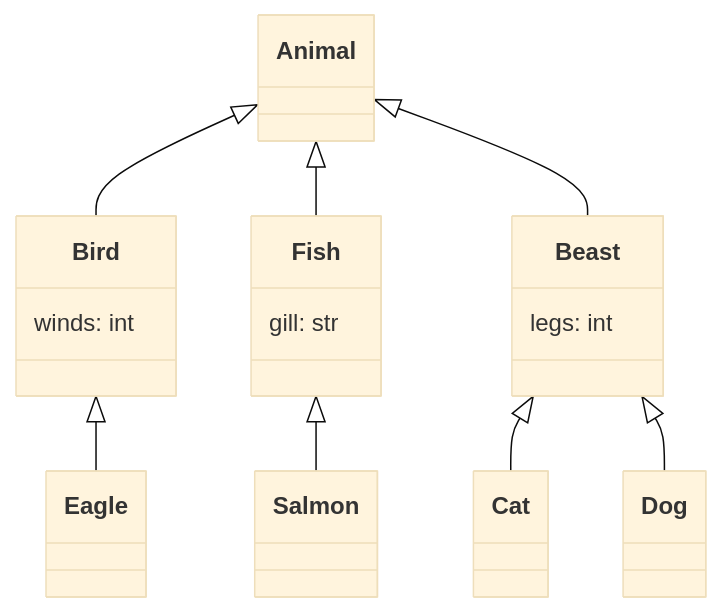
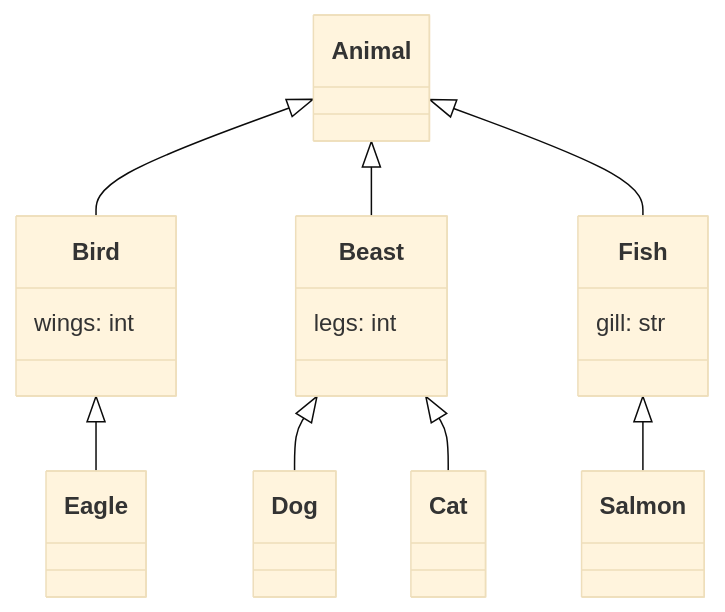
Before and after one commit to EricWebsmith/pydantic-2-mermaid: the diagram in examples/animals.md, drawn with Mermaid (base theme). The commit also changed 19 other files, not shown here.

````diff
--- a/examples/animals.md
+++ b/examples/animals.md
@@ -1,38 +1,38 @@
 ```mermaid
 classDiagram
     class Animal {
     }
 
     class Fish {
         gill: str
     }
 
     class Beast {
         legs: int
     }
 
     class Bird {
-        winds: int
+        wings: int
     }
 
     class Dog {
     }
 
     class Cat {
     }
 
     class Salmon {
     }
 
     class Eagle {
     }
 
 
     Animal <|-- Bird
+    Animal <|-- Beast
     Animal <|-- Fish
-    Animal <|-- Beast
+    Beast <|-- Dog
     Beast <|-- Cat
-    Beast <|-- Dog
     Fish <|-- Salmon
     Bird <|-- Eagle
 ```
````
